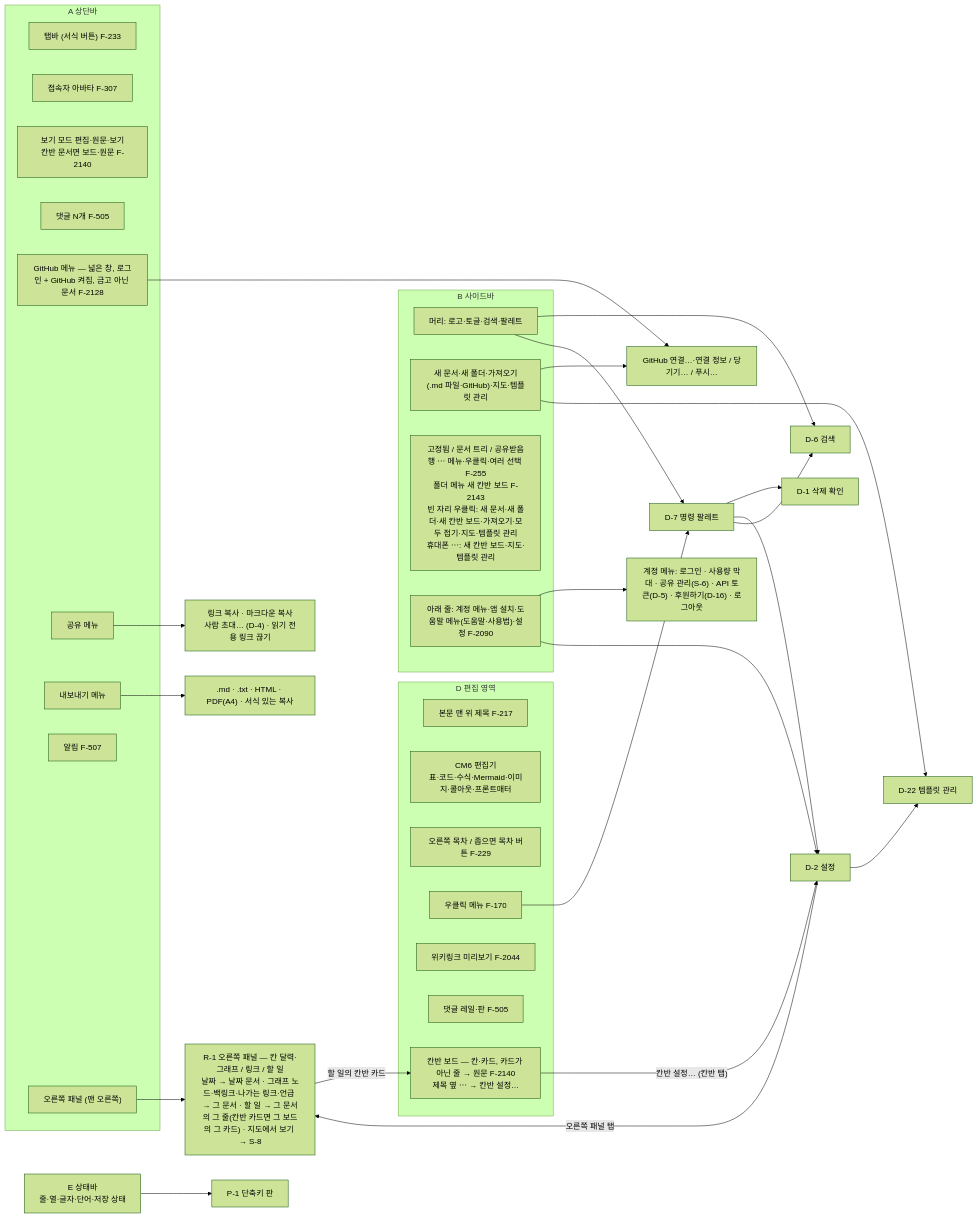
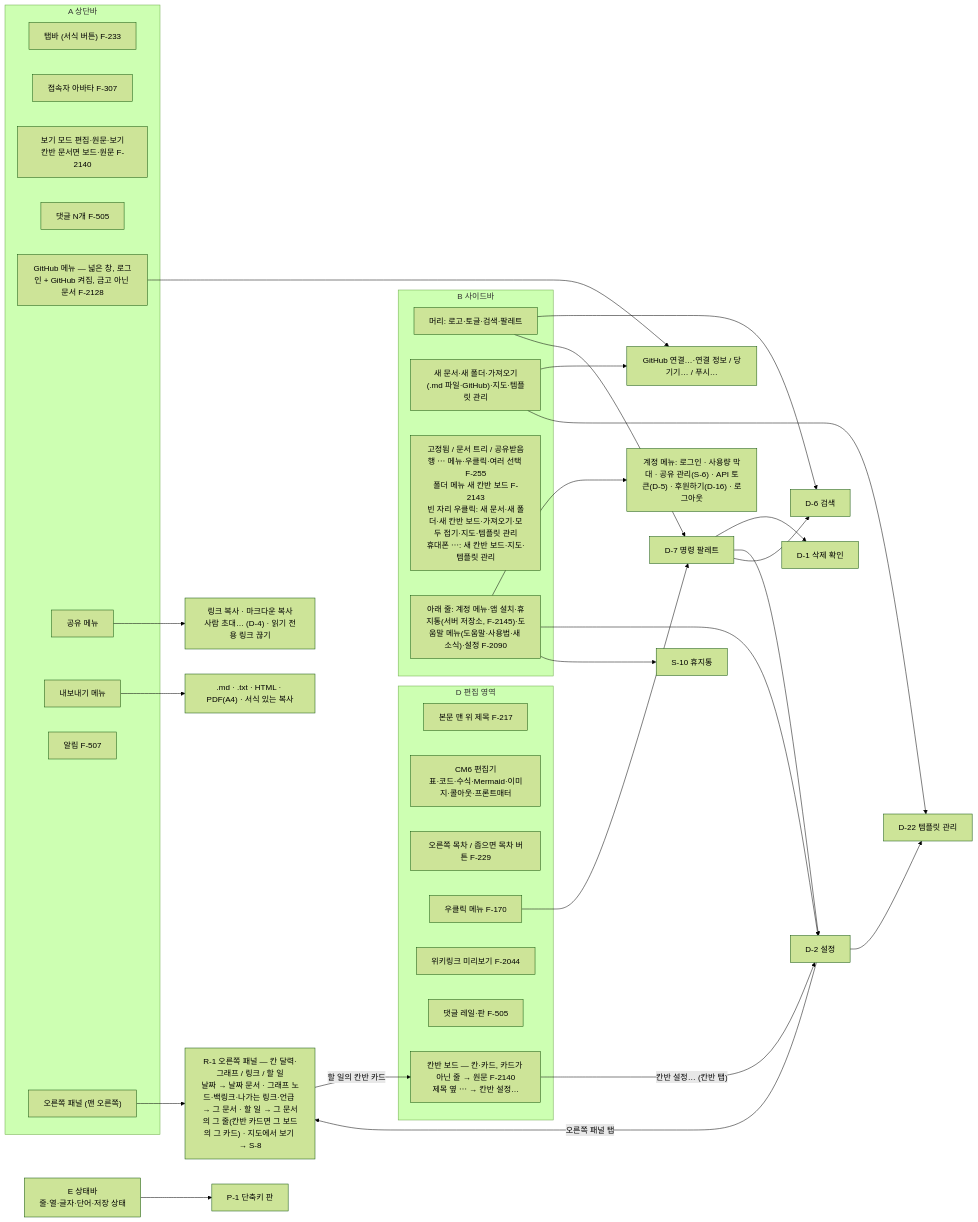
One commit to R00neyj/rawdoc changed the third of 5 diagrams in specs/map.md. Above: the diagram before and after it, drawn with Mermaid (forest theme). The commit also changed other lines of this file and 14 other files, not shown here.

````diff
--- a/specs/map.md
+++ b/specs/map.md
@@ -68,50 +78,51 @@
 ```mermaid
 flowchart LR
   subgraph A["A 상단바"]
     A1["탭바 (서식 버튼) F-233"]
     A2["접속자 아바타 F-307"]
     A3["보기 모드 편집·원문·보기<br/>칸반 문서면 보드·원문 F-2140"]
     A4["댓글 N개 F-505"]
     A5["GitHub 메뉴 — 넓은 창, 로그인 + GitHub 켜짐, 금고 아닌 문서 F-2128"]
     A6["공유 메뉴"]
     A7["내보내기 메뉴"]
     A8["알림 F-507"]
     A9["오른쪽 패널 (맨 오른쪽)"]
   end
   subgraph B["B 사이드바"]
     B1["머리: 로고·토글·검색·팔레트"]
     B2["새 문서·새 폴더·가져오기(.md 파일·GitHub)·지도·템플릿 관리"]
     B3["고정됨 / 문서 트리 / 공유받음<br/>행 ⋯ 메뉴·우클릭·여러 선택 F-255<br/>폴더 메뉴 새 칸반 보드 F-2143<br/>빈 자리 우클릭: 새 문서·새 폴더·새 칸반 보드·가져오기·모두 접기·지도·템플릿 관리<br/>휴대폰 ⋯: 새 칸반 보드·지도·템플릿 관리"]
-    B4["아래 줄: 계정 메뉴·앱 설치·도움말 메뉴(도움말·사용법)·설정 F-2090"]
+    B4["아래 줄: 계정 메뉴·앱 설치·휴지통(서버 저장소, F-2145)·도움말 메뉴(도움말·사용법·새 소식)·설정 F-2090"]
   end
   subgraph D["D 편집 영역"]
     D1["본문 맨 위 제목 F-217"]
     D2["CM6 편집기<br/>표·코드·수식·Mermaid·이미지·콜아웃·프론트매터"]
     D3["오른쪽 목차 / 좁으면 목차 버튼 F-229"]
     D4["우클릭 메뉴 F-170"]
     D5["위키링크 미리보기 F-2044"]
     D6["댓글 레일·판 F-505"]
     D7["칸반 보드 — 칸·카드, 카드가 아닌 줄 → 원문 F-2140<br/>제목 옆 ⋯ → 칸반 설정…"]
   end
   E["E 상태바<br/>줄·열·글자·단어·저장 상태"]
 
   A6 --> share["링크 복사 · 마크다운 복사<br/>사람 초대… (D-4) · 읽기 전용 링크 끊기"]
   A7 --> export[".md · .txt · HTML · PDF(A4) · 서식 있는 복사"]
   B4 --> account["계정 메뉴: 로그인 · 사용량 막대 · 공유 관리(S-6) · API 토큰(D-5) · 후원하기(D-16) · 로그아웃"]
   A5 --> ghdlg["GitHub 연결…·연결 정보 / 당기기… / 푸시…"]
   B2 --> ghdlg
   B1 --> D6dlg["D-6 검색"]
   B1 --> D7dlg["D-7 명령 팔레트"]
   B4 --> D2dlg["D-2 설정"]
+  B4 --> S10t["S-10 휴지통"]
   B2 --> D22dlg["D-22 템플릿 관리"]
   D2dlg --> D22dlg
   D4 --> D7dlg
   D7dlg --> D1dlg["D-1 삭제 확인"]
   D7dlg --> D2dlg
   D7dlg --> D6dlg
   E --> P1["P-1 단축키 판"]
   A9 --> R1["R-1 오른쪽 패널 — 칸 달력·그래프 / 링크 / 할 일<br/>날짜 → 날짜 문서 · 그래프 노드·백링크·나가는 링크·언급 → 그 문서 · 할 일 → 그 문서의 그 줄(칸반 카드면 그 보드의 그 카드) · 지도에서 보기 → S-8"]
   D2dlg -- "오른쪽 패널 탭" --> R1
   D7 -- "칸반 설정… (칸반 탭)" --> D2dlg
   R1 -- "할 일의 칸반 카드" --> D7
 ```
````
